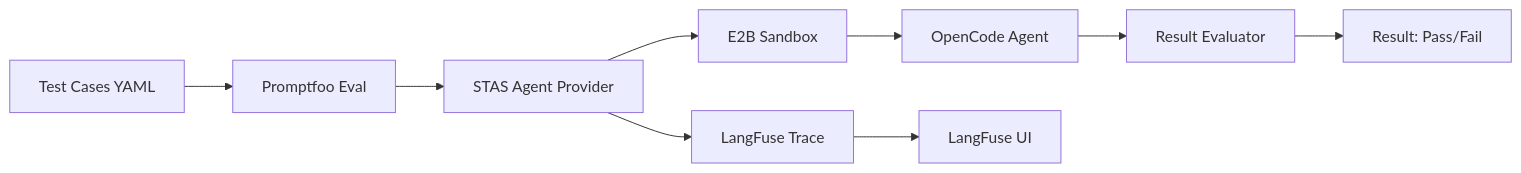
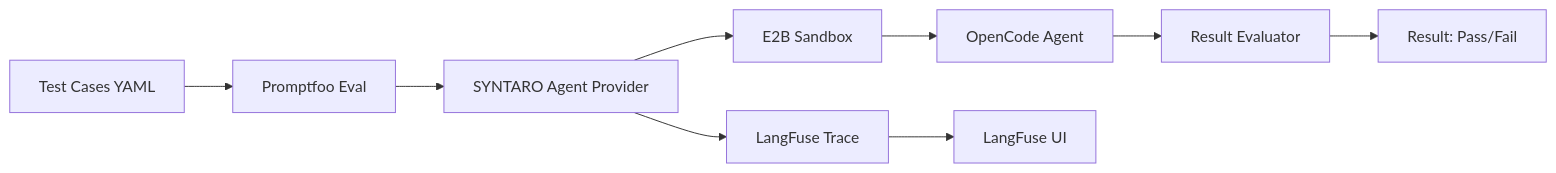
One commit to Aimino-Tech/solving_tickets_as_a_service changed the diagram in evaluation/README.md. Above: the diagram before and after it, drawn with Mermaid. The commit also changed other lines of this file and 953 other files, not shown here.

First line of the commit message:
refactor(AIM-4477): rebrand STAS → SYNTARO in code, configs, docs, and deploy

````diff
--- a/evaluation/README.md
+++ b/evaluation/README.md
@@ -7,11 +7,11 @@
 ```mermaid
 flowchart LR
     TC[Test Cases YAML] --> PF[Promptfoo Eval]
-    PF --> SA[STAS Agent Provider]
+    PF --> SA[SYNTARO Agent Provider]
     SA --> E2B[E2B Sandbox]
     E2B --> AG[OpenCode Agent]
     AG --> RE[Result Evaluator]
     RE --> RA[Result: Pass/Fail]
     SA --> LF[LangFuse Trace]
     LF --> LFUI[LangFuse UI]
 ```
````
